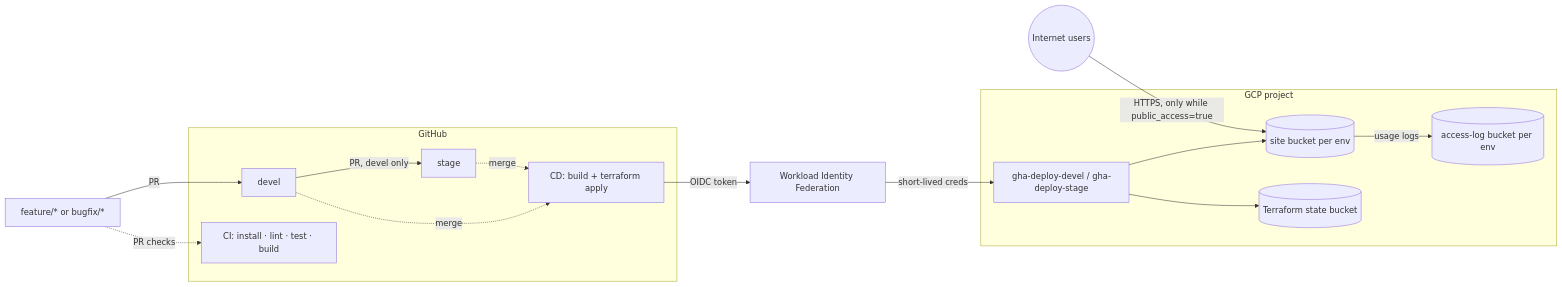
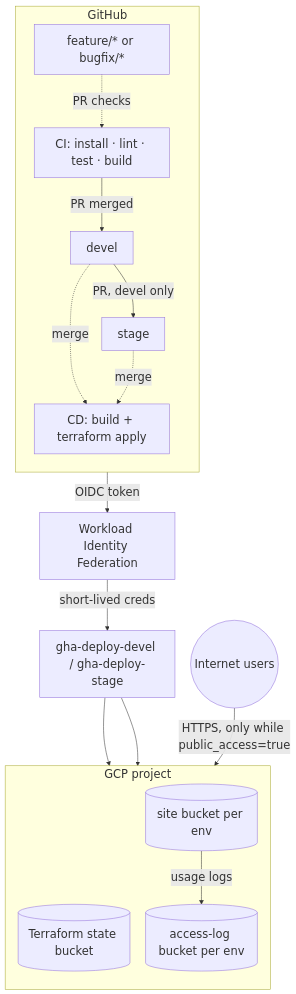
Before and after one commit to infrastructure-aquaware/fullstack-challenge: the diagram in README.md, drawn with Mermaid.

Commit message:
Make README architecture diagram vertical with larger text

````diff
--- a/README.md
+++ b/README.md
@@ -20,23 +20,29 @@
 ```mermaid
-flowchart LR
-    dev[feature/* or bugfix/*] -->|PR| devel
-    devel -->|PR, devel only| stage
+%%{init: {"themeVariables": {"fontSize": "22px"}, "flowchart": {"nodeSpacing": 30, "rankSpacing": 45}}}%%
+flowchart TB
     subgraph GitHub
+      direction TB
+      dev[feature/* or bugfix/*]
+      ci[CI: install · lint · test · build]
       devel
       stage
-      ci[CI: install · lint · test · build]
       cd[CD: build + terraform apply]
+      dev -. PR checks .-> ci
+      ci -->|PR merged| devel
+      devel -->|PR, devel only| stage
+      devel -. merge .-> cd
+      stage -. merge .-> cd
     end
-    dev -. PR checks .-> ci
-    devel -. merge .-> cd
-    stage -. merge .-> cd
     cd -->|OIDC token| wif[Workload Identity Federation]
     wif -->|short-lived creds| sa[gha-deploy-devel / gha-deploy-stage]
     subgraph GCP project
-      sa --> site[(site bucket per env)]
-      site -->|usage logs| logs[(access-log bucket per env)]
+      direction TB
       state[(Terraform state bucket)]
+      site[(site bucket per env)]
+      logs[(access-log bucket per env)]
+      site -->|usage logs| logs
     end
     sa --> state
+    sa --> site
     users((Internet users)) -->|HTTPS, only while public_access=true| site
 ```
````
